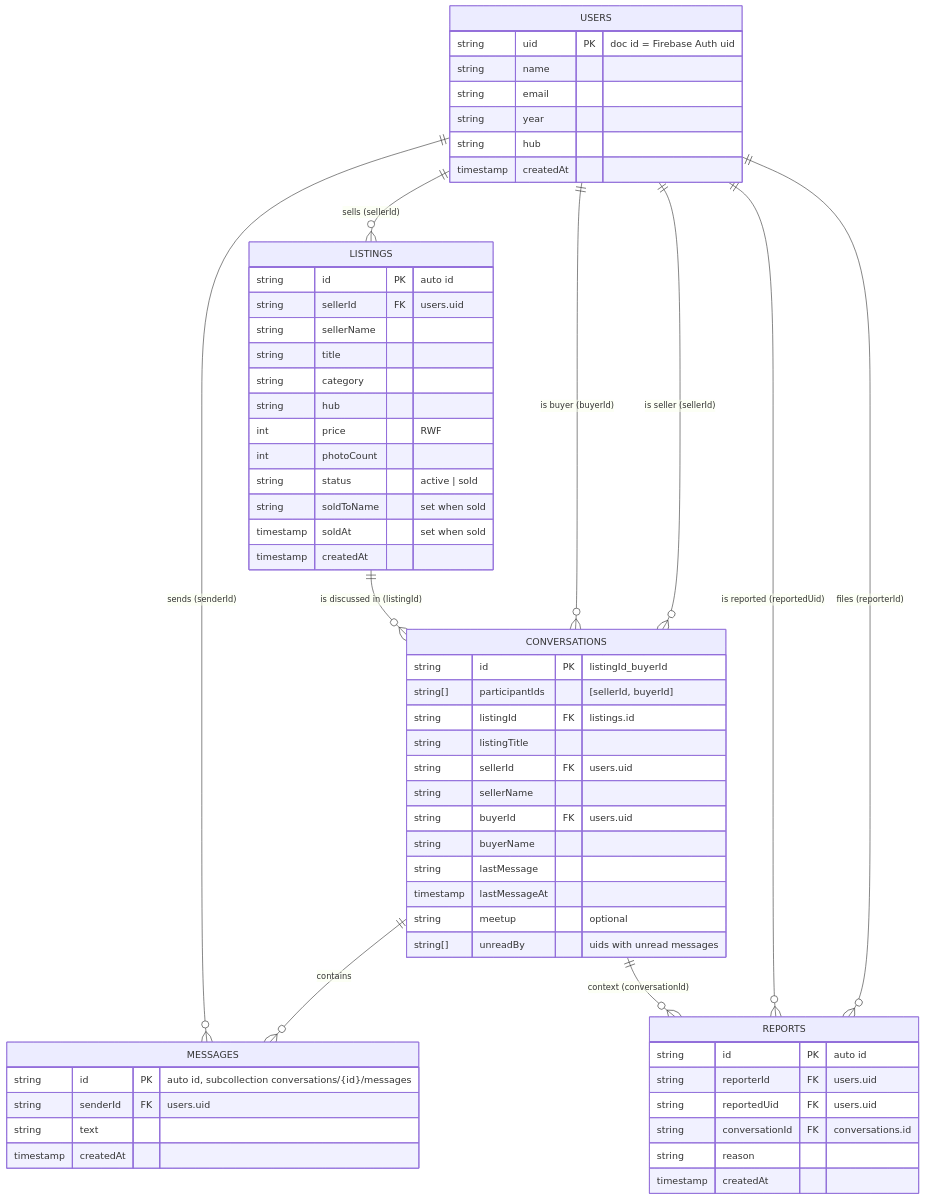
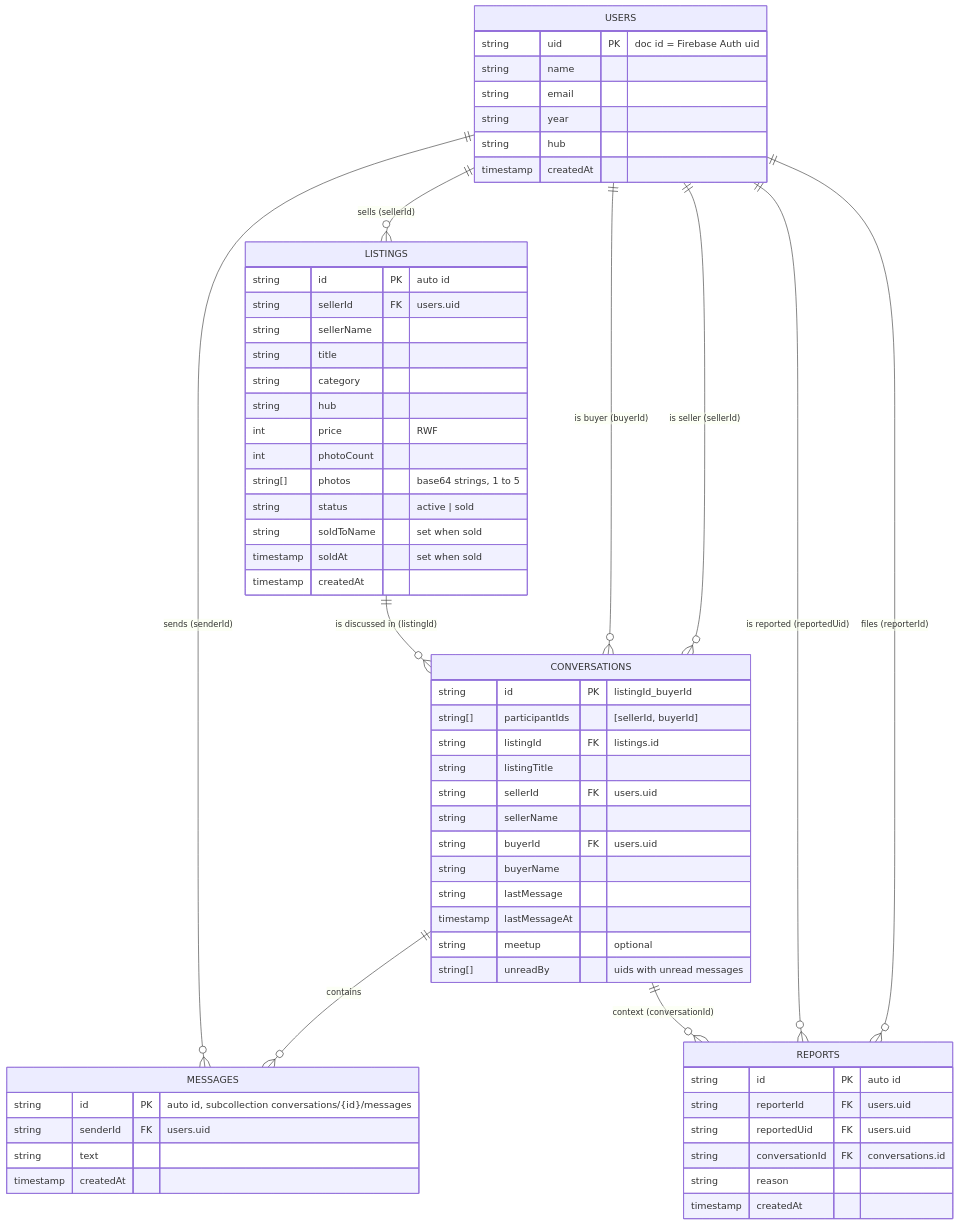
One commit to Dantwalig/alu_market_place changed the diagram in docs/ERD.md. Above: the diagram before and after it, drawn with Mermaid. The commit also changed 2 other files, not shown here.

Commit message:
last fixes

````diff
--- a/docs/ERD.md
+++ b/docs/ERD.md
@@ -8,63 +8,64 @@
 ```mermaid
 erDiagram
     USERS ||--o{ LISTINGS : "sells (sellerId)"
     USERS ||--o{ CONVERSATIONS : "is seller (sellerId)"
     USERS ||--o{ CONVERSATIONS : "is buyer (buyerId)"
     LISTINGS ||--o{ CONVERSATIONS : "is discussed in (listingId)"
     CONVERSATIONS ||--o{ MESSAGES : "contains"
     USERS ||--o{ MESSAGES : "sends (senderId)"
     USERS ||--o{ REPORTS : "files (reporterId)"
     USERS ||--o{ REPORTS : "is reported (reportedUid)"
     CONVERSATIONS ||--o{ REPORTS : "context (conversationId)"
 
     USERS {
         string uid PK "doc id = Firebase Auth uid"
         string name
         string email
         string year
         string hub
         timestamp createdAt
     }
     LISTINGS {
         string id PK "auto id"
         string sellerId FK "users.uid"
         string sellerName
         string title
         string category
         string hub
         int price "RWF"
         int photoCount
+        string[] photos "base64 strings, 1 to 5"
         string status "active | sold"
         string soldToName "set when sold"
         timestamp soldAt "set when sold"
         timestamp createdAt
     }
     CONVERSATIONS {
         string id PK "listingId_buyerId"
         string[] participantIds "[sellerId, buyerId]"
         string listingId FK "listings.id"
         string listingTitle
         string sellerId FK "users.uid"
         string sellerName
         string buyerId FK "users.uid"
         string buyerName
         string lastMessage
         timestamp lastMessageAt
         string meetup "optional"
         string[] unreadBy "uids with unread messages"
     }
     MESSAGES {
         string id PK "auto id, subcollection conversations/{id}/messages"
         string senderId FK "users.uid"
         string text
         timestamp createdAt
     }
     REPORTS {
         string id PK "auto id"
         string reporterId FK "users.uid"
         string reportedUid FK "users.uid"
         string conversationId FK "conversations.id"
         string reason
         timestamp createdAt
     }
 ```
````
